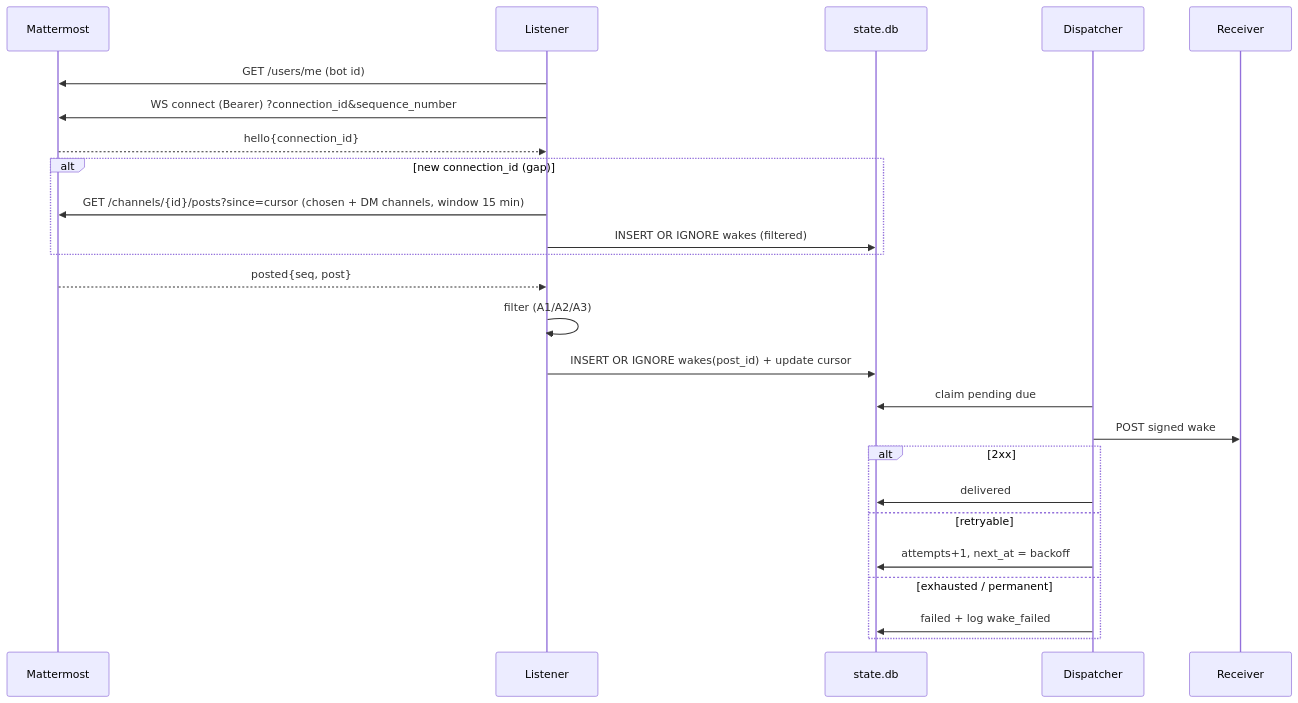
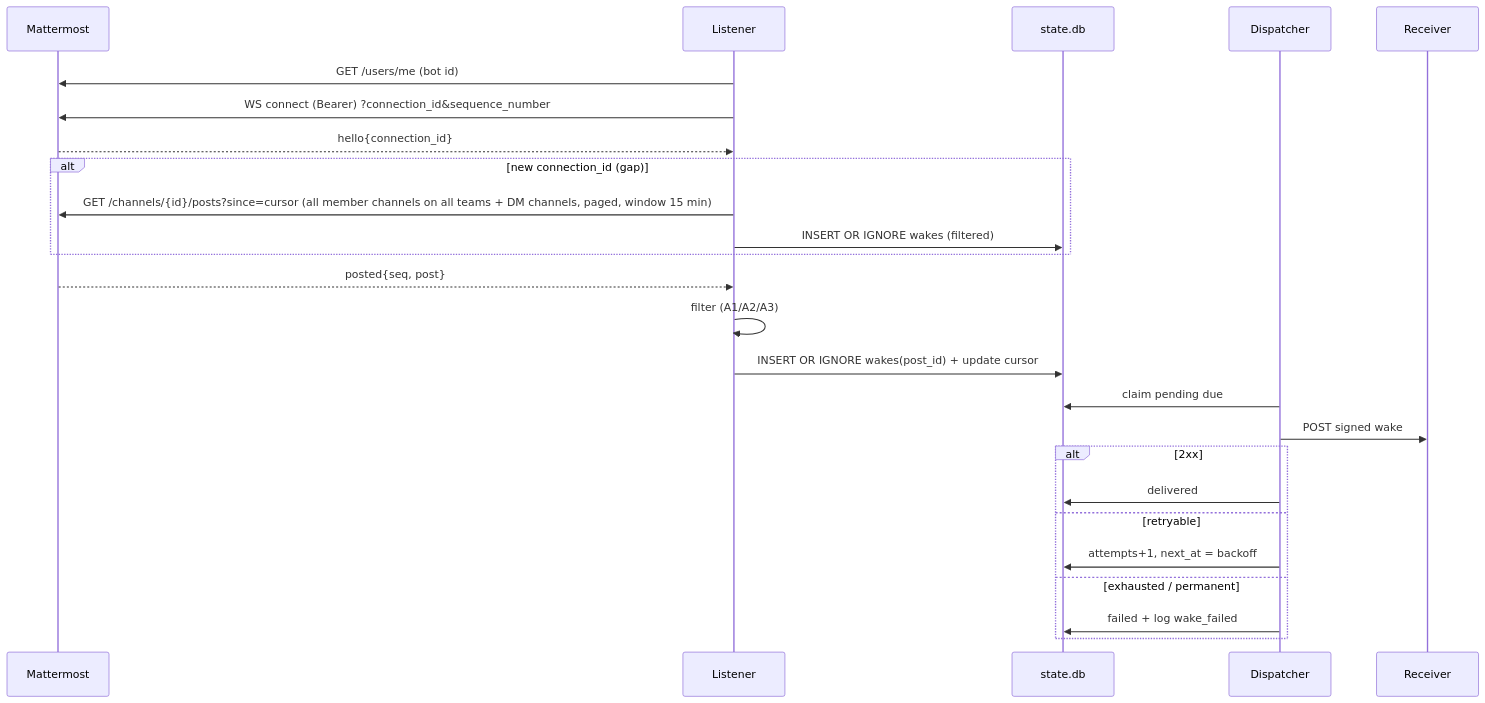
One commit to rowama/mmbridge changed the second of 2 diagrams in docs/architecture/2026-10-26-live-bots.md. Above: the diagram before and after it, drawn with Mermaid. The commit also changed other lines of this file and 8 other files, not shown here.

Commit message:
docs(live-bots): delta F1-F4 - drop allow-list in design/architecture/ADR-0007, catch-up across all teams, lb4b card, draft re-lock specs (CP-C pending)

````diff
--- a/docs/architecture/2026-10-26-live-bots.md
+++ b/docs/architecture/2026-10-26-live-bots.md
@@ -89,27 +89,27 @@
 ```mermaid
 sequenceDiagram
   participant MM as Mattermost
   participant L as Listener
   participant DB as state.db
   participant D as Dispatcher
   participant R as Receiver
   L->>MM: GET /users/me (bot id)
   L->>MM: WS connect (Bearer) ?connection_id&sequence_number
   MM-->>L: hello{connection_id}
   alt new connection_id (gap)
-    L->>MM: GET /channels/{id}/posts?since=cursor (chosen + DM channels, window 15 min)
+    L->>MM: GET /channels/{id}/posts?since=cursor (all member channels on all teams + DM channels, paged, window 15 min)
     L->>DB: INSERT OR IGNORE wakes (filtered)
   end
   MM-->>L: posted{seq, post}
   L->>L: filter (A1/A2/A3)
   L->>DB: INSERT OR IGNORE wakes(post_id) + update cursor
   D->>DB: claim pending due
   D->>R: POST signed wake
   alt 2xx
     D->>DB: delivered
   else retryable
     D->>DB: attempts+1, next_at = backoff
   else exhausted / permanent
     D->>DB: failed + log wake_failed
   end
 ```
````
